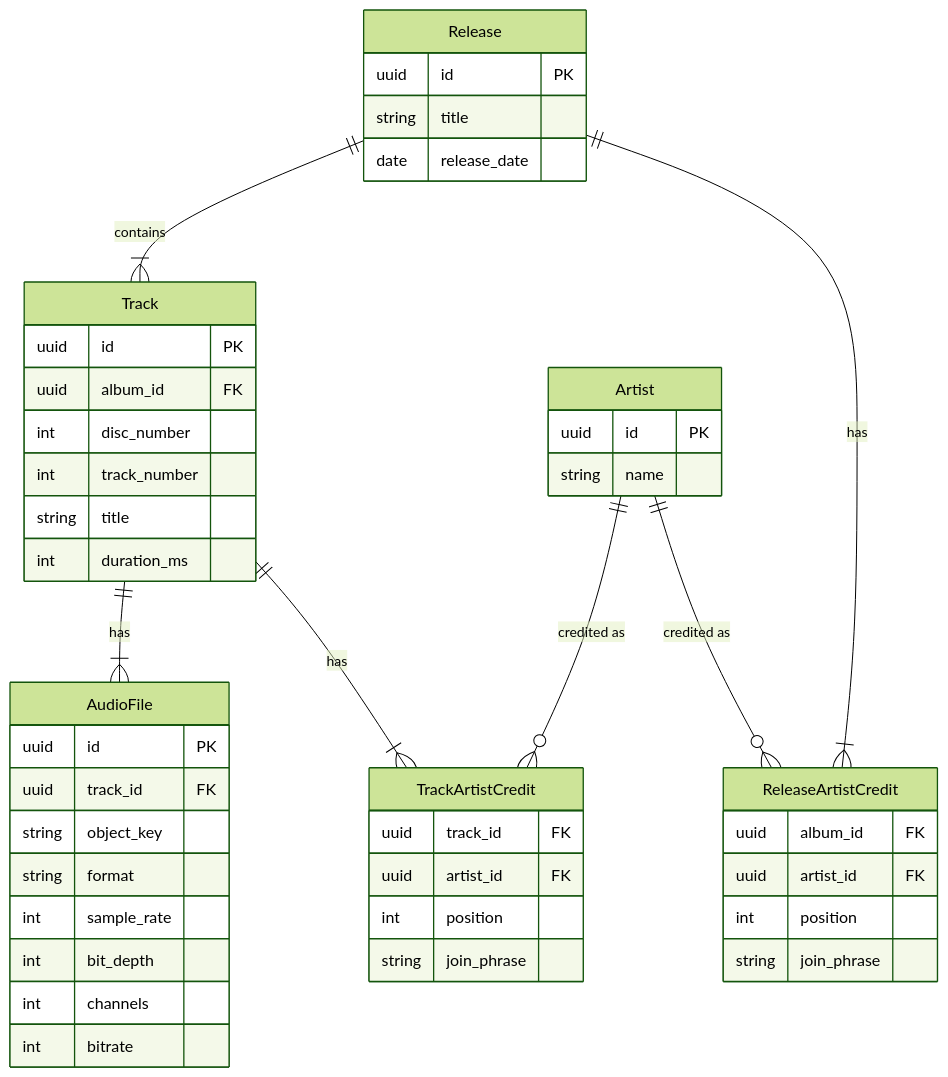
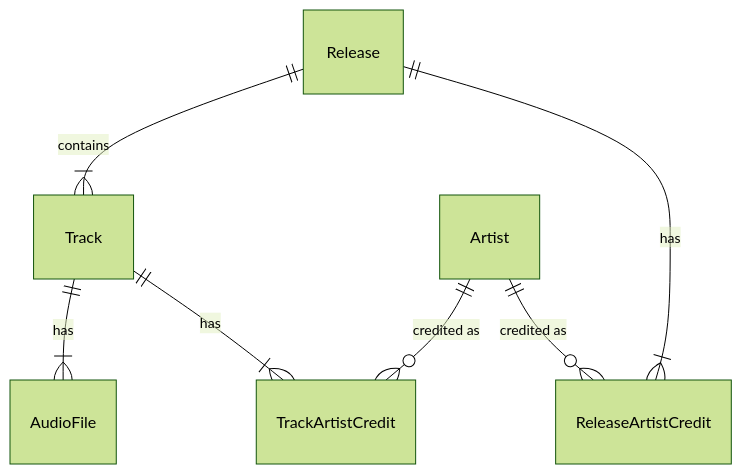
One commit to Kotaro7750/tonhalle changed the diagram in docs/domain.md. Above: the diagram before and after it, drawn with Mermaid (forest theme). The commit also changed other lines of this file and 4 other files, not shown here.

````diff
--- a/docs/domain.md
+++ b/docs/domain.md
@@ -18,56 +72,12 @@
 ```mermaid
 erDiagram
     Release ||--|{ Track : "contains"
     Track ||--|{ AudioFile : "has"
 
 
     Artist ||--o{ TrackArtistCredit : "credited as"
     Track ||--|{ TrackArtistCredit : "has"
     Release ||--|{ ReleaseArtistCredit : "has"
     Artist ||--o{ ReleaseArtistCredit : "credited as"
 
-    Release {
-        uuid id PK
-        string title
-        date release_date
-    }
-
-    Track {
-        uuid id PK
-        uuid album_id FK
-        int disc_number
-        int track_number
-        string title
-        int duration_ms
-    }
-
-    AudioFile {
-        uuid id PK
-        uuid track_id FK
-        string object_key
-        string format
-        int sample_rate
-        int bit_depth
-        int channels
-        int bitrate
-    }
-
-    Artist {
-        uuid id PK
-        string name
-    }
-
-    ReleaseArtistCredit {
-        uuid album_id FK
-        uuid artist_id FK
-        int position
-        string join_phrase
-    }
-
-    TrackArtistCredit {
-        uuid track_id FK
-        uuid artist_id FK
-        int position
-        string join_phrase
-    }
 ```
````
